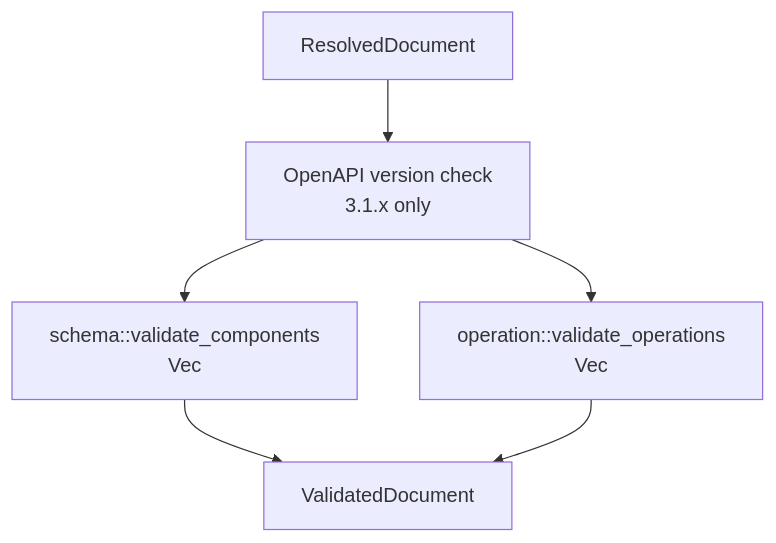
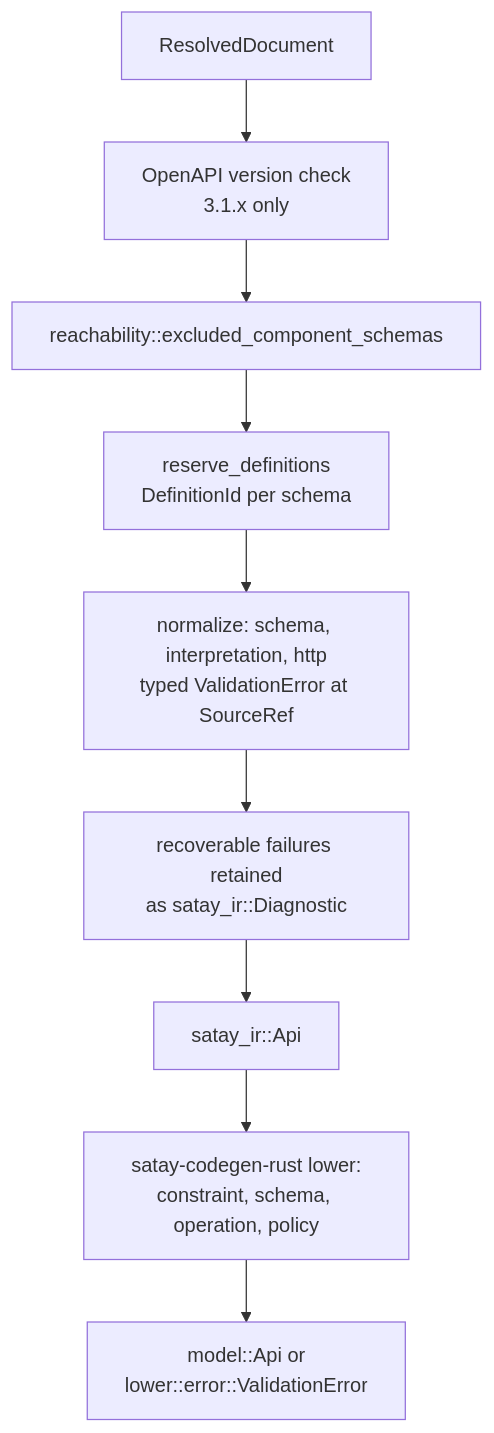
One commit to zeon256/satay-rs changed the fourth of 7 diagrams in ARCHITECTURE.md. Above: the diagram before and after it, drawn with Mermaid. The commit also changed other lines of this file and 70 other files, not shown here.

Commit message:
refactor(codegen): split rust codegen

````diff
--- a/ARCHITECTURE.md
+++ b/ARCHITECTURE.md
@@ -102,8 +127,11 @@
 ```mermaid
 flowchart TD
     resolved["ResolvedDocument"] --> version["OpenAPI version check<br/>3.1.x only"]
-    version --> components["schema::validate_components<br/>Vec<ValidatedComponent>"]
-    version --> operations["operation::validate_operations<br/>Vec<ValidatedOperation>"]
-    components --> validated["ValidatedDocument"]
-    operations --> validated
+    version --> reachability["reachability::excluded_component_schemas"]
+    reachability --> reserve["reserve_definitions<br/>DefinitionId per schema"]
+    reserve --> frontend["normalize: schema, interpretation, http<br/>typed ValidationError at SourceRef"]
+    frontend --> retained["recoverable failures retained<br/>as satay_ir::Diagnostic"]
+    retained --> api["satay_ir::Api"]
+    api --> backend["satay-codegen-rust lower:<br/>constraint, schema, operation, policy"]
+    backend --> model["model::Api or<br/>lower::error::ValidationError"]
 ```
````
